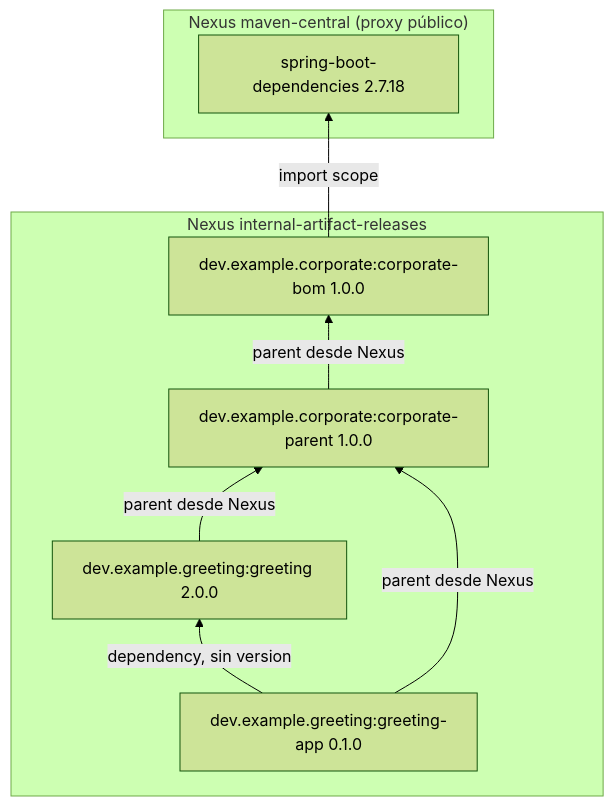
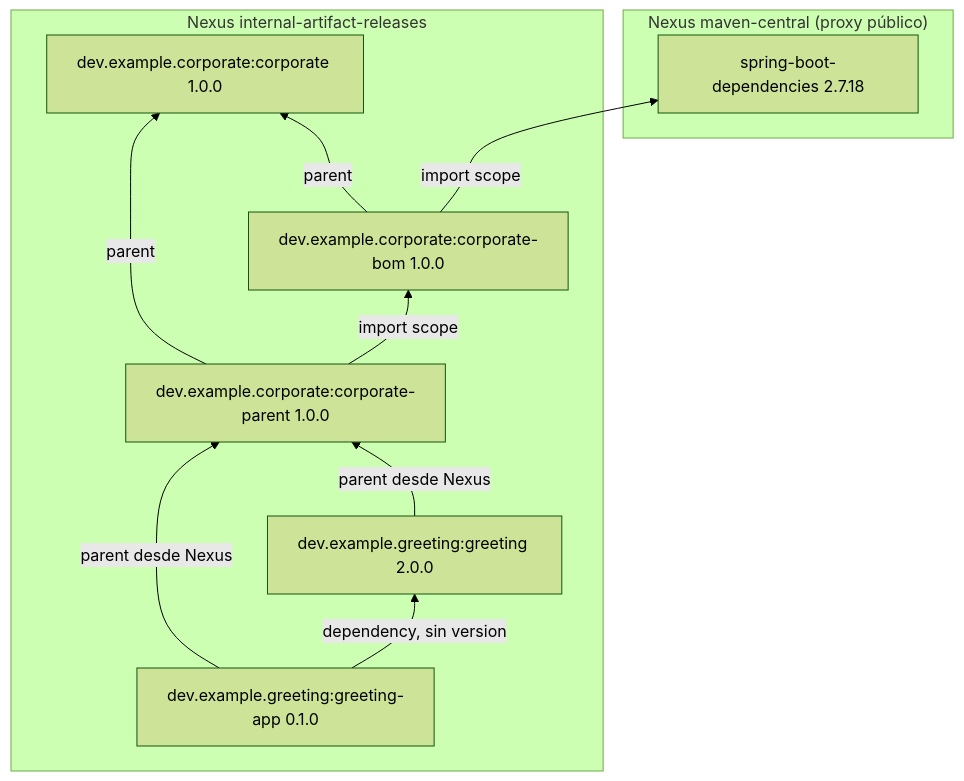
The first of 4 diagrams in README.md (IAAA-Lab/maven-corporate-pom), drawn with Mermaid (forest theme) before and after one commit. The commit also changed other lines of this file and 5 other files, not shown here.

First line of the commit message:
feat(corporate): fold BOM and parent into a CI-friendly reactor

````diff
--- a/README.md
+++ b/README.md
@@ -94,18 +86,21 @@
 ```mermaid
 flowchart BT
     subgraph external["Nexus maven-central (proxy público)"]
         bootBom["spring-boot-dependencies 2.7.18"]
     end
     subgraph internal["Nexus internal-artifact-releases"]
+        reactor["dev.example.corporate:corporate 1.0.0"]
         bom["dev.example.corporate:corporate-bom 1.0.0"]
         parent["dev.example.corporate:corporate-parent 1.0.0"]
         library["dev.example.greeting:greeting 2.0.0"]
         app["dev.example.greeting:greeting-app 0.1.0"]
     end
 
     bom -->|"import scope"| bootBom
-    parent -->|"parent desde Nexus"| bom
+    bom -->|"parent"| reactor
+    parent -->|"parent"| reactor
+    parent -->|"import scope"| bom
     library -->|"parent desde Nexus"| parent
     app -->|"parent desde Nexus"| parent
     app -->|"dependency, sin version"| library
 ```
````
